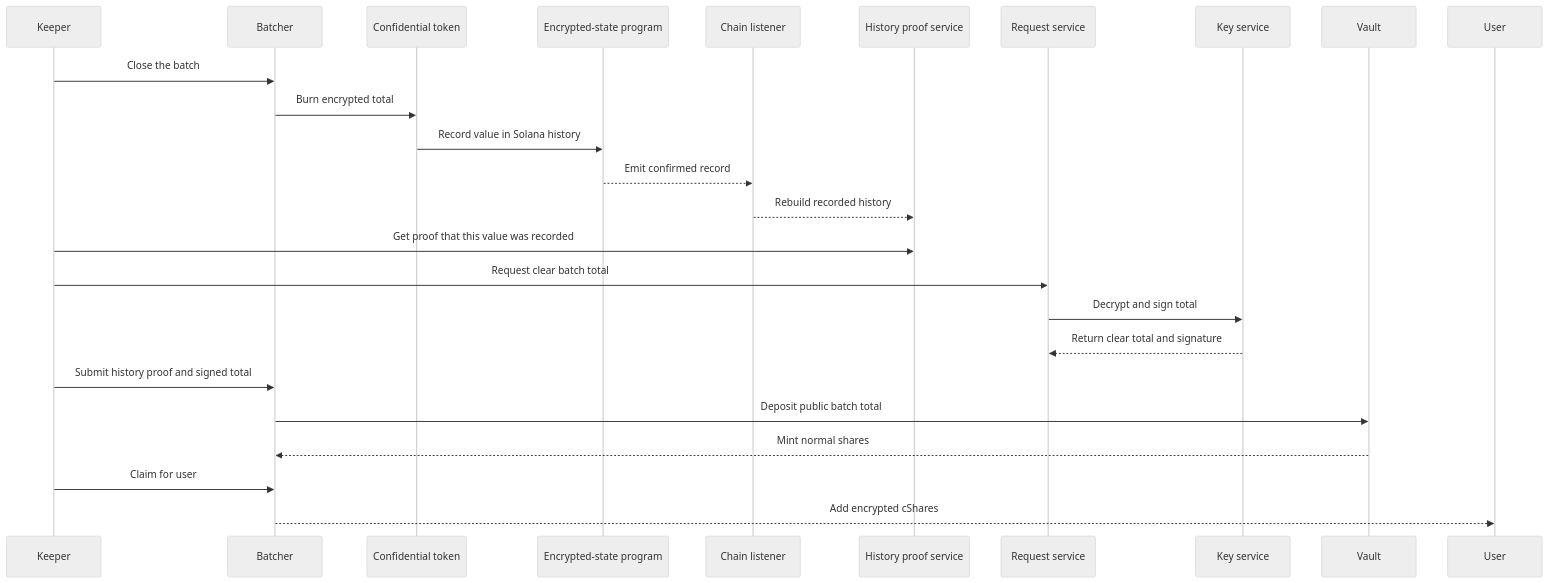
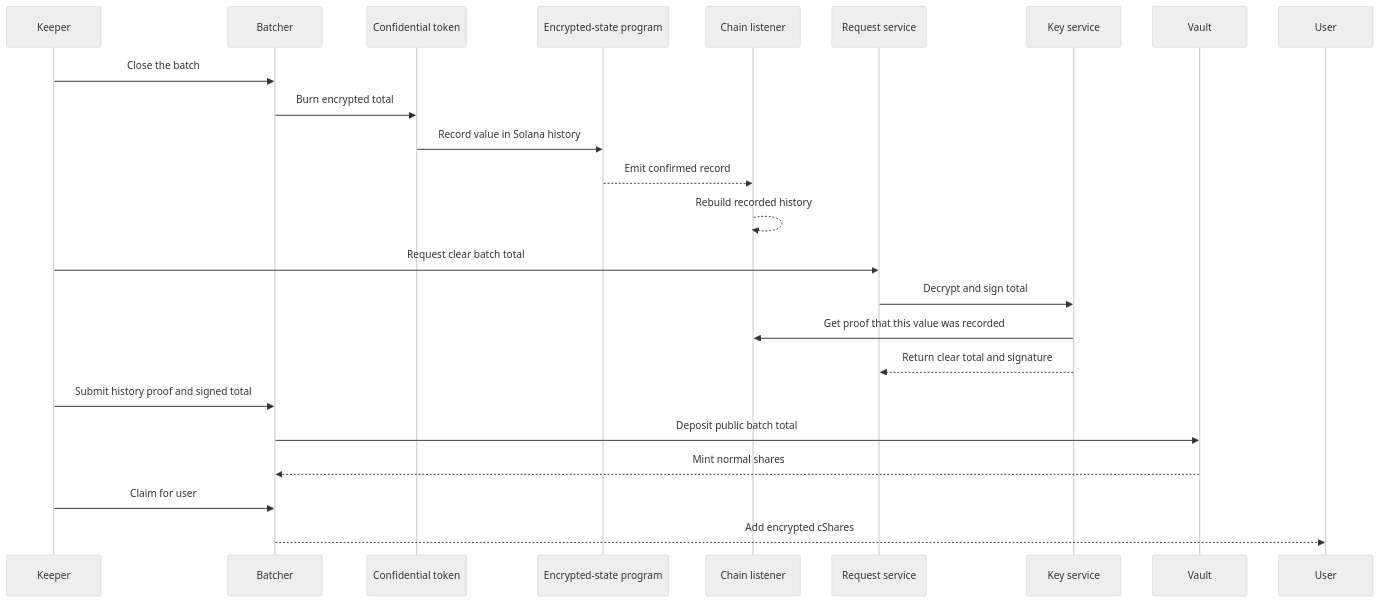
Before and after one commit to zama-ai/fhevm: the fifth of 5 diagrams in solana/demo-dapp/README.md, drawn with Mermaid (neutral theme). The commit also changed other lines of this file and 209 other files, not shown here.

````diff
--- a/solana/demo-dapp/README.md
+++ b/solana/demo-dapp/README.md
@@ -158,28 +158,27 @@
 ```mermaid
 sequenceDiagram
     participant Keeper
     participant Batch as Batcher
     participant Token as Confidential token
     participant Host as Encrypted-state program
     participant Listener as Chain listener
-    participant Proof as History proof service
     participant Relayer as Request service
     participant Keys as Key service
     participant Vault
     participant User
 
     Keeper->>Batch: Close the batch
     Batch->>Token: Burn encrypted total
     Token->>Host: Record value in Solana history
     Host-->>Listener: Emit confirmed record
-    Listener-->>Proof: Rebuild recorded history
-    Keeper->>Proof: Get proof that this value was recorded
+    Listener-->>Listener: Rebuild recorded history
     Keeper->>Relayer: Request clear batch total
     Relayer->>Keys: Decrypt and sign total
+    Keys->>Listener: Get proof that this value was recorded
     Keys-->>Relayer: Return clear total and signature
     Keeper->>Batch: Submit history proof and signed total
     Batch->>Vault: Deposit public batch total
     Vault-->>Batch: Mint normal shares
     Keeper->>Batch: Claim for user
     Batch-->>User: Add encrypted cShares
 ```
````
